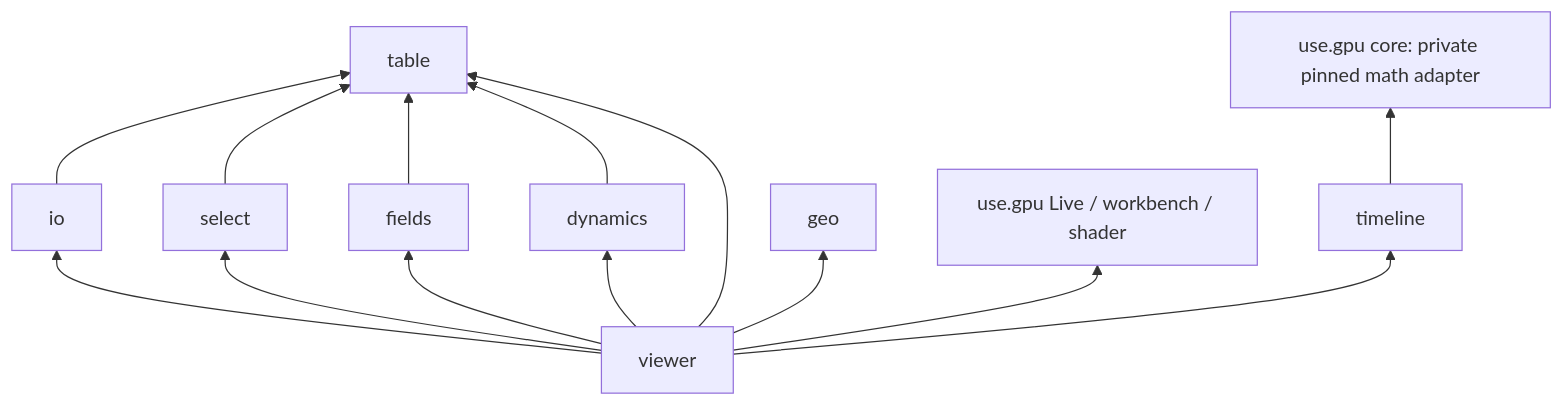
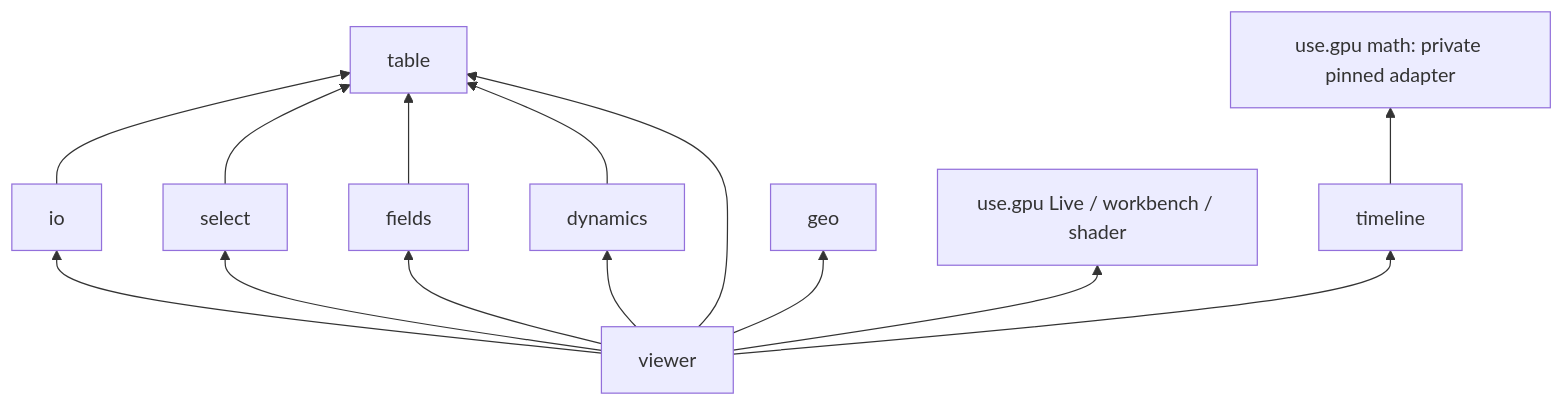
One commit to zachcp/molgpu changed the diagram in docs/ARCHITECTURE.md. Above: the diagram before and after it, drawn with Mermaid. The commit also changed other lines of this file and 55 other files, not shown here.

````diff
--- a/docs/ARCHITECTURE.md
+++ b/docs/ARCHITECTURE.md
@@ -15,16 +17,16 @@
 ```mermaid
 flowchart BT
   io --> table
   select --> table
   fields --> table
   dynamics --> table
-  timeline --> core["use.gpu core: private pinned math adapter"]
+  timeline --> math["use.gpu math: private pinned adapter"]
   viewer --> table
   viewer --> io
   viewer --> select
   viewer --> fields
   viewer --> dynamics
   viewer --> timeline
   viewer --> geo
   viewer --> upstream["use.gpu Live / workbench / shader"]
 ```
````
